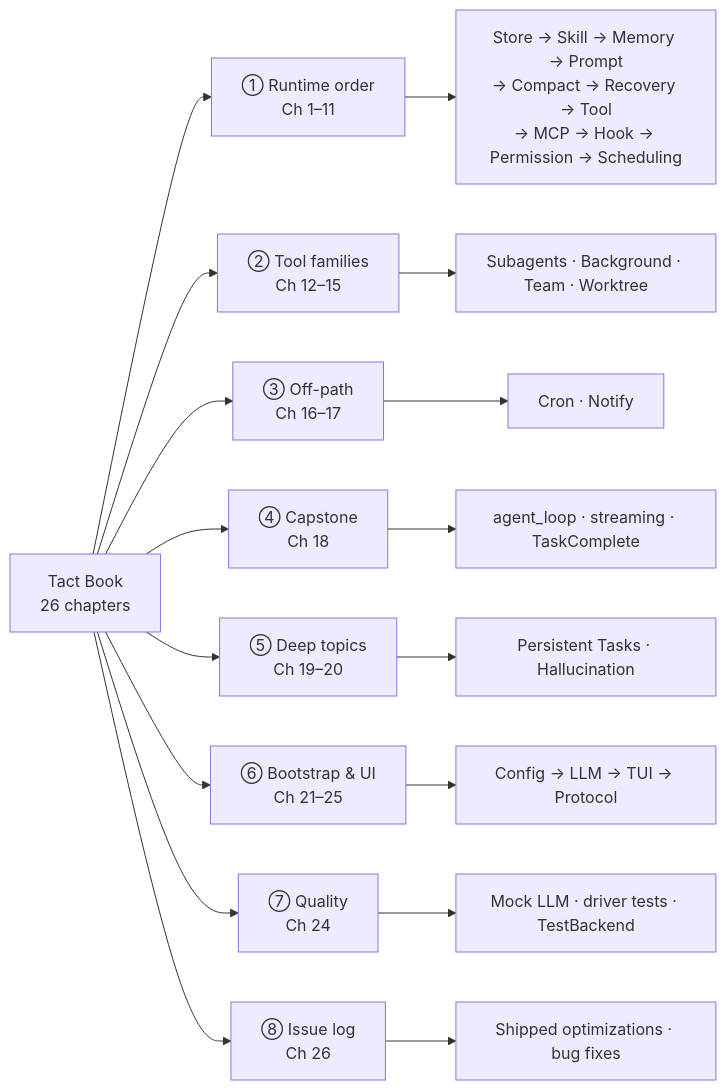
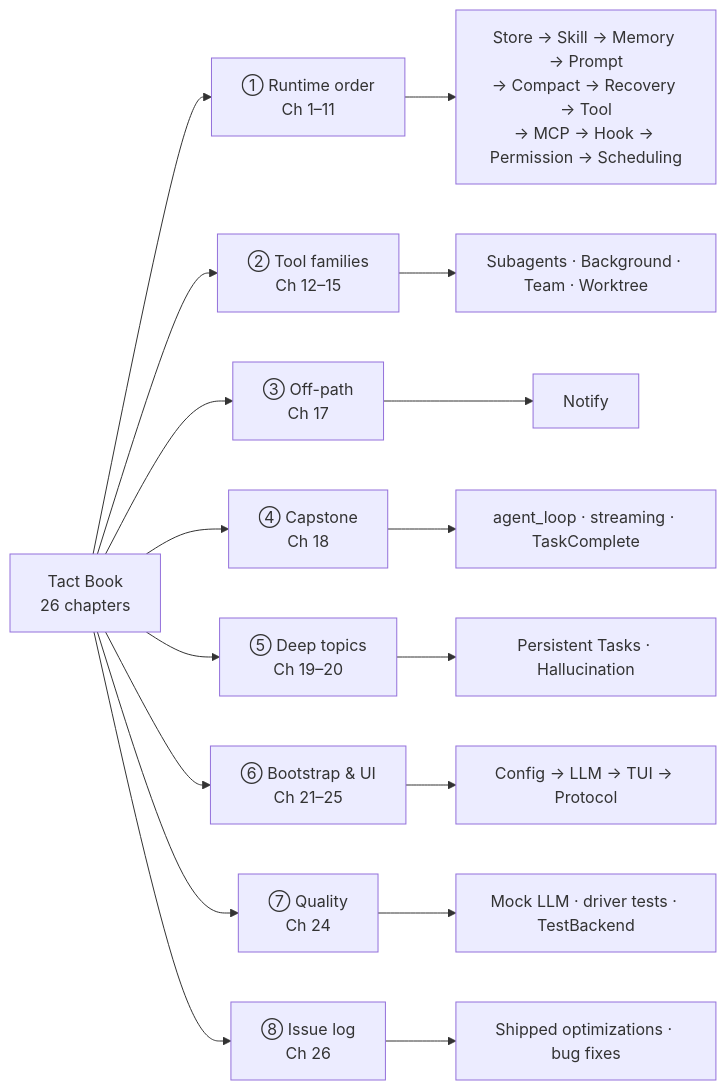
One commit to rust-infra/tact changed the first of 2 diagrams in book/mindmap.md. Above: the diagram before and after it, drawn with Mermaid. The commit also changed other lines of this file and 47 other files, not shown here.

````diff
--- a/book/mindmap.md
+++ b/book/mindmap.md
@@ -27,22 +27,22 @@
 ```mermaid
 flowchart LR
     ROOT["Tact Book<br/>26 chapters"]
 
     ROOT --> B1 & B2 & B3 & B4 & B5 & B6 & B7 & B8
 
     B1["① Runtime order<br/>Ch 1–11"] --> D1["Store → Skill → Memory → Prompt<br/>→ Compact → Recovery → Tool<br/>→ MCP → Hook → Permission → Scheduling"]
 
     B2["② Tool families<br/>Ch 12–15"] --> D2["Subagents · Background · Team · Worktree"]
 
-    B3["③ Off-path<br/>Ch 16–17"] --> D3["Cron · Notify"]
+    B3["③ Off-path<br/>Ch 17"] --> D3["Notify"]
 
     B4["④ Capstone<br/>Ch 18"] --> D4["agent_loop · streaming · TaskComplete"]
 
     B5["⑤ Deep topics<br/>Ch 19–20"] --> D5["Persistent Tasks · Hallucination"]
 
     B6["⑥ Bootstrap & UI<br/>Ch 21–25"] --> D6["Config → LLM → TUI → Protocol"]
 
     B7["⑦ Quality<br/>Ch 24"] --> D7["Mock LLM · driver tests · TestBackend"]
 
     B8["⑧ Issue log<br/>Ch 26"] --> D8["Shipped optimizations · bug fixes"]
 ```
````
